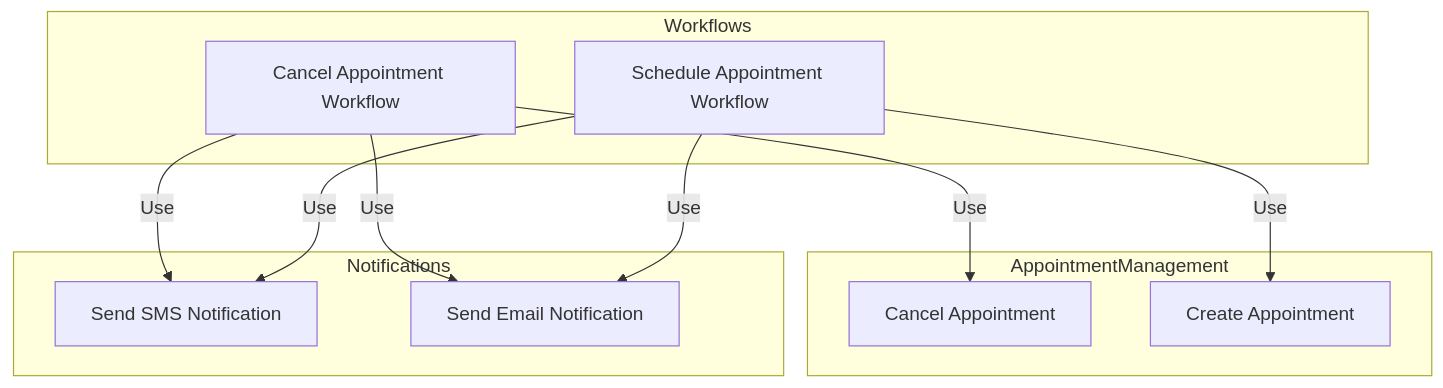
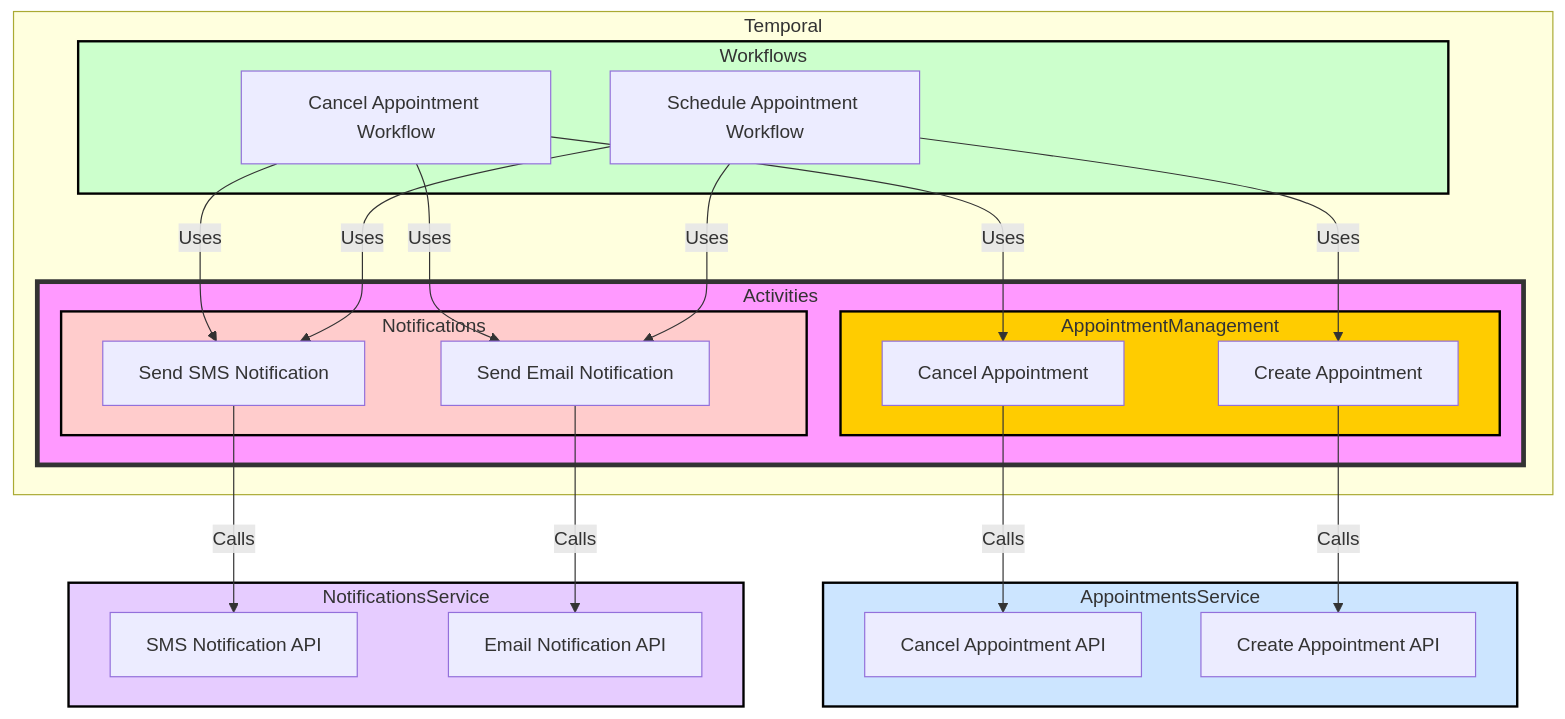
The diagram in patients-appointments-temporal/README.md (me2resh/ddd-sam-example), drawn with Mermaid before and after one commit.

Commit message:
Update Diagram

````diff
--- a/patients-appointments-temporal/README.md
+++ b/patients-appointments-temporal/README.md
@@ -66,25 +66,51 @@
 ```mermaid
 graph TD;
-    subgraph AppointmentManagement
-        A1[Cancel Appointment]
-        A2[Create Appointment]
+    subgraph Temporal
+        subgraph Activities
+            style Activities fill:#f9f,stroke:#333,stroke-width:4px
+            subgraph AppointmentManagement
+                style AppointmentManagement fill:#ffcc00,stroke:#000,stroke-width:2px
+                A1[Cancel Appointment]
+                A2[Create Appointment]
+            end
+
+            subgraph Notifications
+                style Notifications fill:#ffcccc,stroke:#000,stroke-width:2px
+                A3[Send SMS Notification]
+                A4[Send Email Notification]
+            end
+        end
+
+        subgraph Workflows
+            style Workflows fill:#ccffcc,stroke:#000,stroke-width:2px
+            W1[Cancel Appointment Workflow]
+            W2[Schedule Appointment Workflow]
+        end
     end
 
-    subgraph Notifications
-        A3[Send SMS Notification]
-        A4[Send Email Notification]
+    subgraph AppointmentsService
+        style AppointmentsService fill:#cce5ff,stroke:#000,stroke-width:2px
+        DS1[Cancel Appointment API]
+        DS2[Create Appointment API]
     end
 
-    subgraph Workflows
-        W1[Cancel Appointment Workflow]
-        W2[Schedule Appointment Workflow]
+    subgraph NotificationsService
+        style NotificationsService fill:#e6ccff,stroke:#000,stroke-width:2px
+        DS3[SMS Notification API]
+        DS4[Email Notification API]
     end
-  
-    W1 -->|Use| A1
-    W1 -->|Use| A3
-    W1 -->|Use| A4
 
-    W2 -->|Use| A2
-    W2 -->|Use| A3
-    W2 -->|Use| A4
+    A1 -->|Calls| DS1
+    A2 -->|Calls| DS2
+    A3 -->|Calls| DS3
+    A4 -->|Calls| DS4
+
+    W1 -->|Uses| A1
+    W1 -->|Uses| A3
+    W1 -->|Uses| A4
+
+    W2 -->|Uses| A2
+    W2 -->|Uses| A3
+    W2 -->|Uses| A4
+
 ```
````
